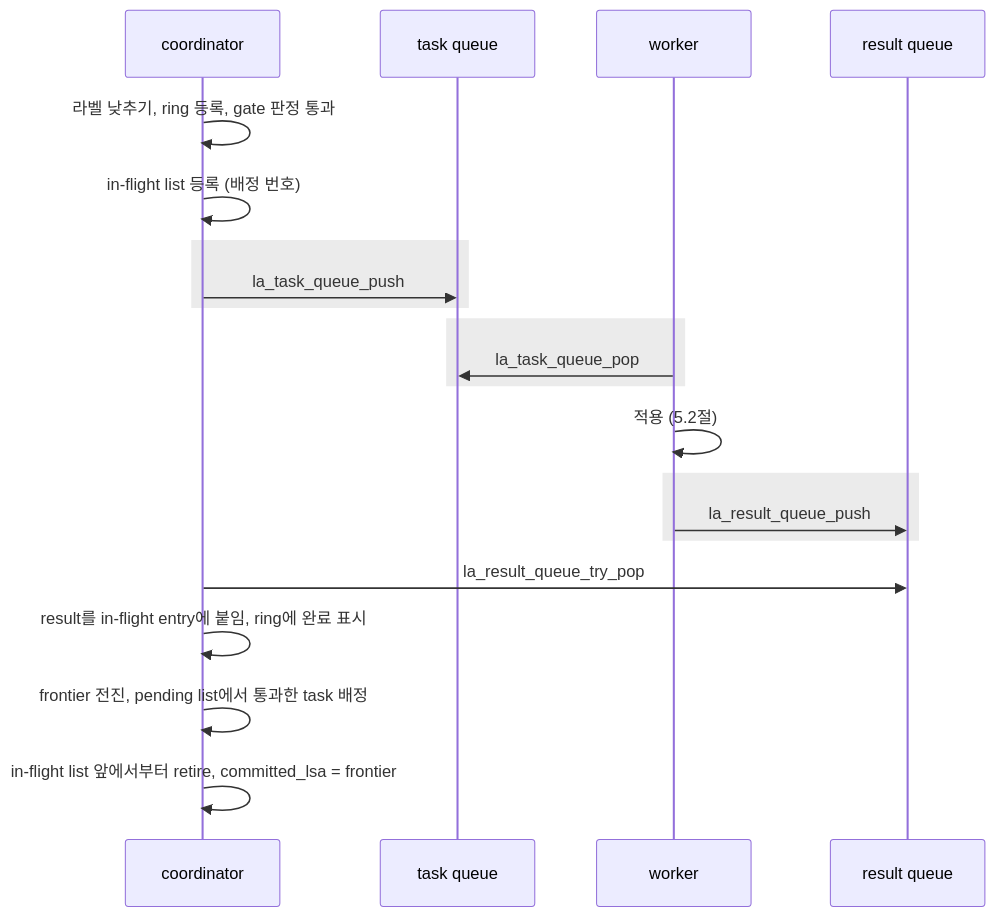
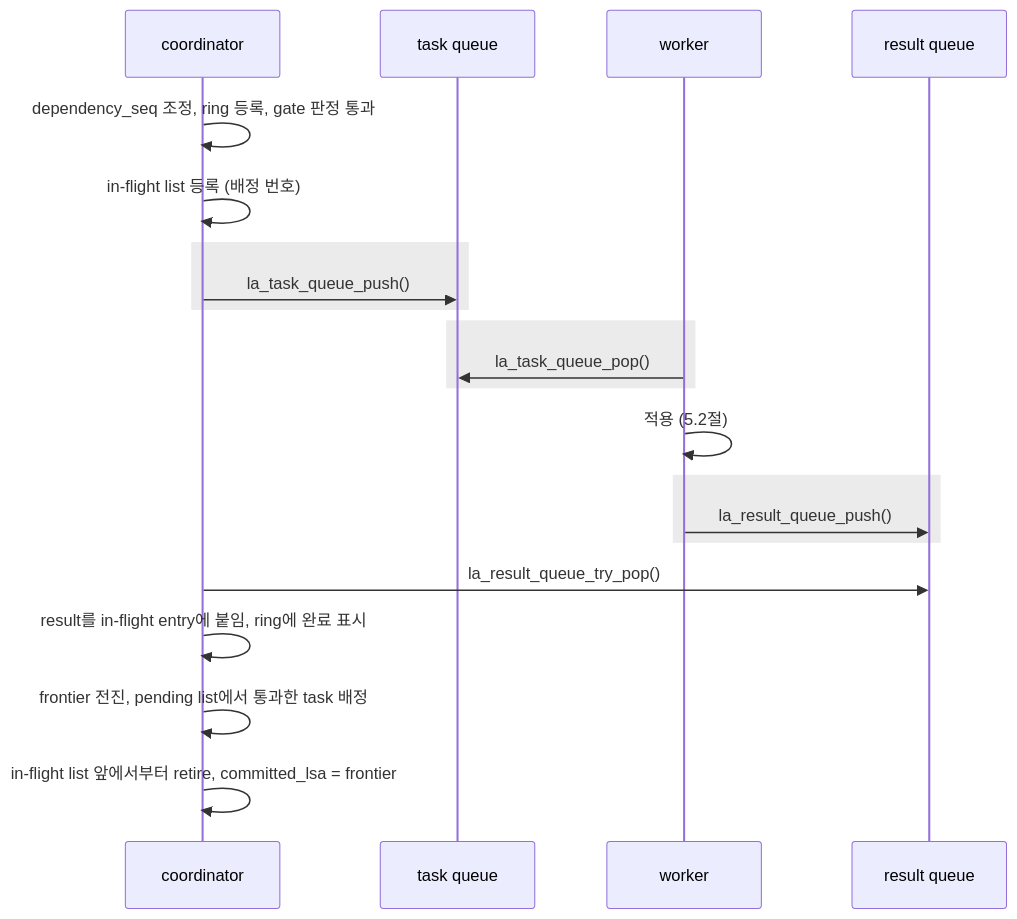
One commit to youngjun9072/Workspace changed the fifth of 8 diagrams in writeset-design/_impl/02-slave-implementation-design.md. Above: the diagram before and after it, drawn with Mermaid. The commit also changed other lines of this file and 61 other files, not shown here.

````diff
--- a/writeset-design/_impl/02-slave-implementation-design.md
+++ b/writeset-design/_impl/02-slave-implementation-design.md
@@ -994,23 +1406,23 @@
 ```mermaid
 sequenceDiagram
   participant C as coordinator
   participant TQ as task queue
   participant W as worker
   participant RQ as result queue
-  C->>C: 라벨 낮추기, ring 등록, gate 판정 통과
+  C->>C: dependency_seq 조정, ring 등록, gate 판정 통과
   C->>C: in-flight list 등록 (배정 번호)
   rect rgb(235, 235, 235)
-  C->>TQ: la_task_queue_push
+  C->>TQ: la_task_queue_push()
   end
   rect rgb(235, 235, 235)
-  W->>TQ: la_task_queue_pop
+  W->>TQ: la_task_queue_pop()
   end
   W->>W: 적용 (5.2절)
   rect rgb(235, 235, 235)
-  W->>RQ: la_result_queue_push
+  W->>RQ: la_result_queue_push()
   end
-  C->>RQ: la_result_queue_try_pop
+  C->>RQ: la_result_queue_try_pop()
   C->>C: result를 in-flight entry에 붙임, ring에 완료 표시
   C->>C: frontier 전진, pending list에서 통과한 task 배정
   C->>C: in-flight list 앞에서부터 retire, committed_lsa = frontier
 ```
````
